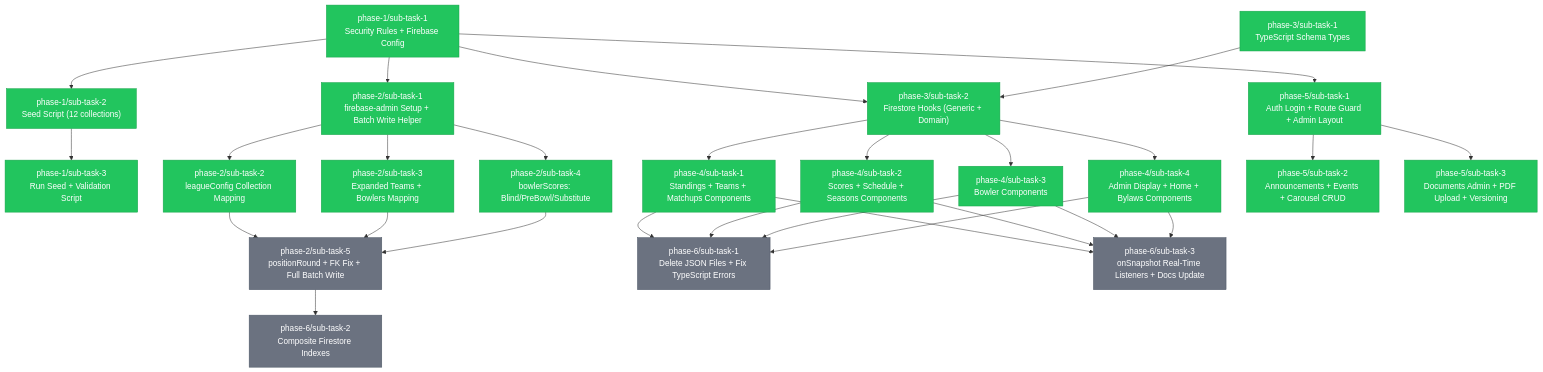
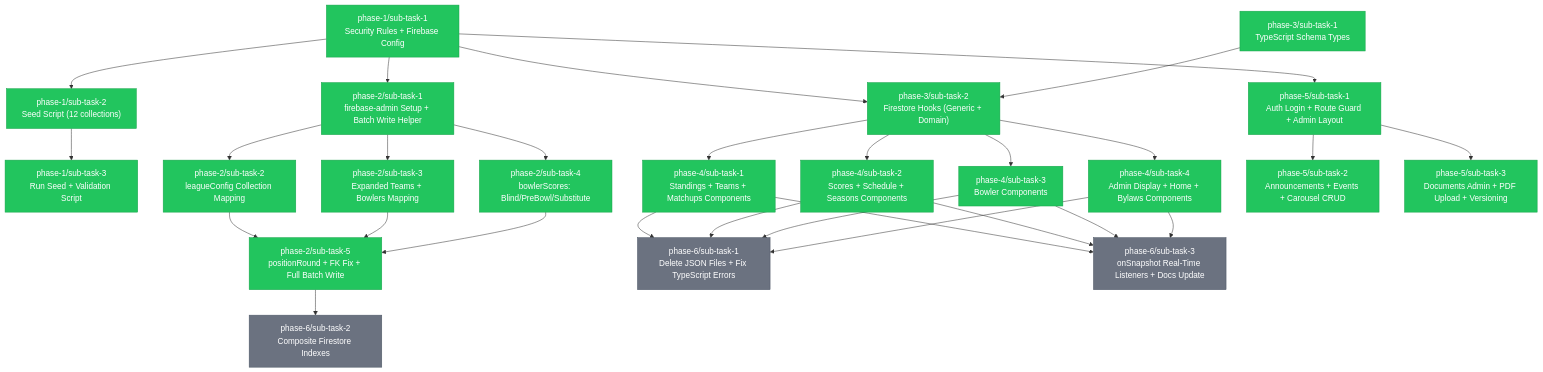
The diagram in .claude/tasks/TASKS.md (Bagwell-Oil-Imaging/late-night-happy-hour-league-site), drawn with Mermaid before and after one commit. The commit also changed other lines of this file, not shown here.

```diff
--- a/.claude/tasks/TASKS.md
+++ b/.claude/tasks/TASKS.md
@@ -91,7 +91,7 @@
     class P2S2 completed
     class P2S3 completed
     class P2S4 completed
-    class P2S5 pending
+    class P2S5 completed
     class P3S1 completed
     class P3S2 completed
     class P4S1 completed
```
